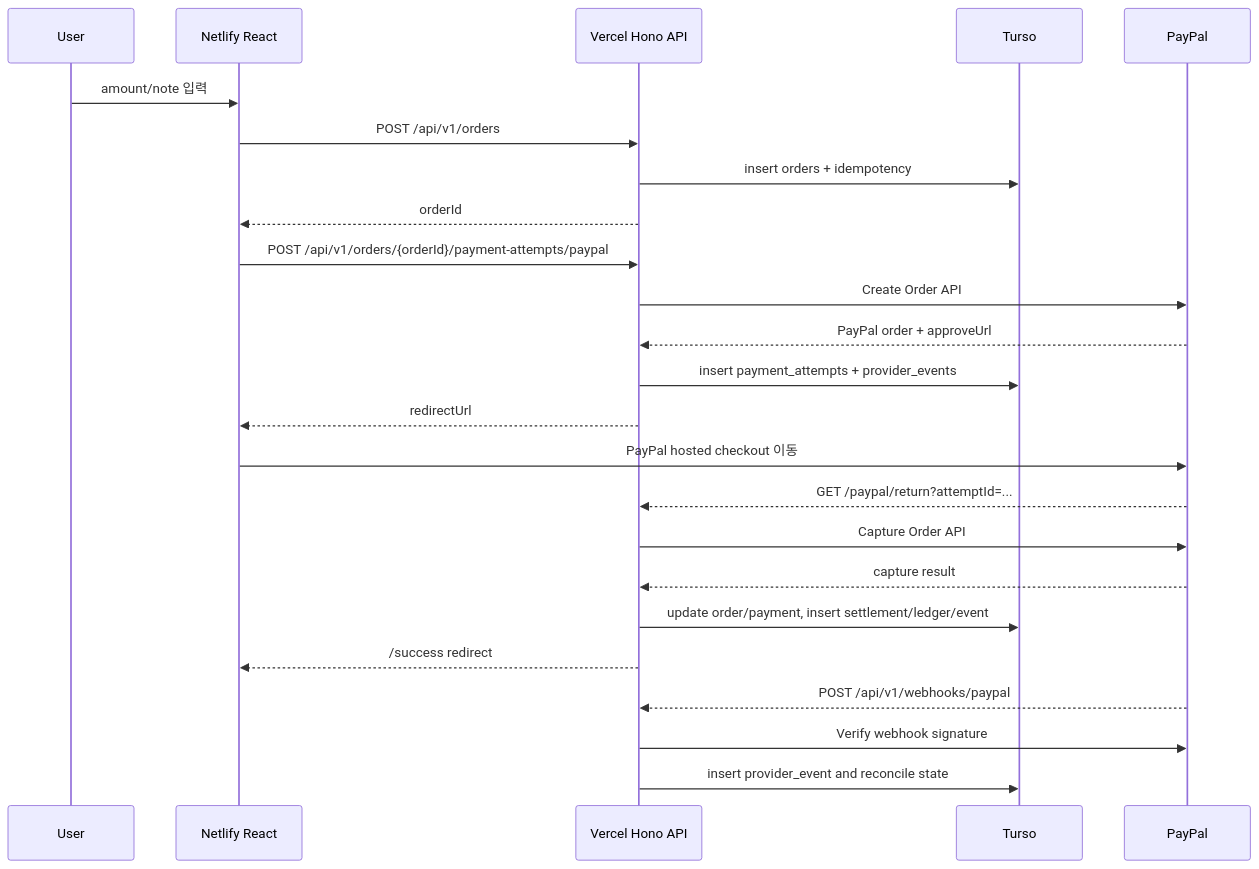
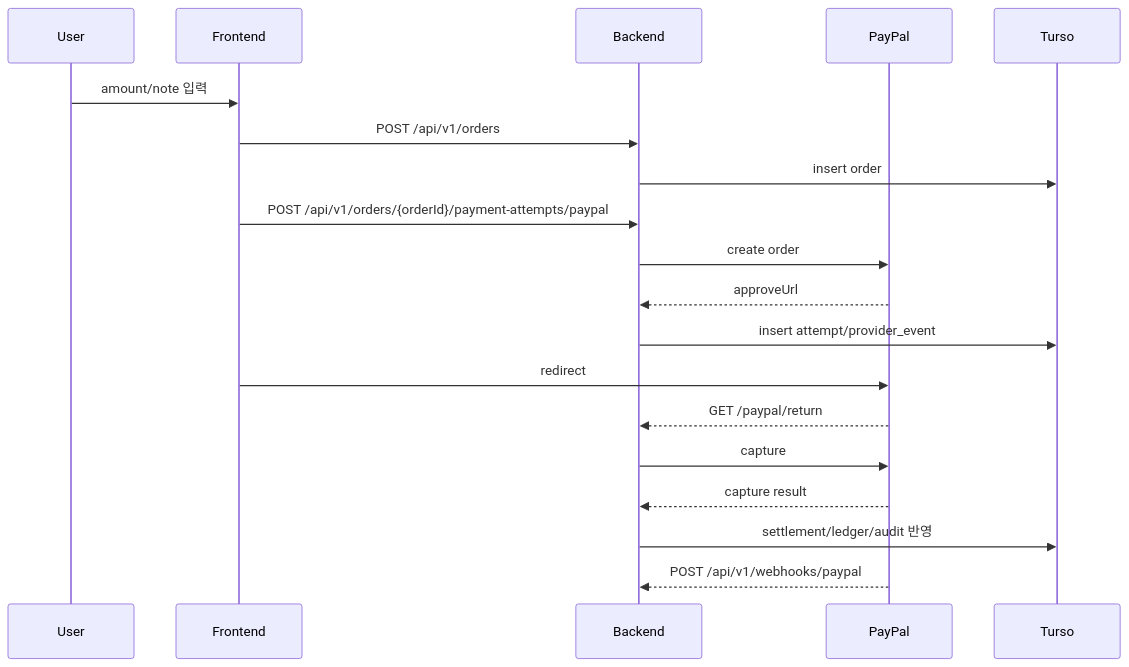
The second of 3 diagrams in README.md (minwoo19930301/pay-to-minwoo), drawn with Mermaid before and after one commit. The commit also changed other lines of this file and 17 other files, not shown here.

Commit message:
Add PortOne domestic test checkout flow

````diff
--- a/README.md
+++ b/README.md
@@ -55,27 +67,22 @@
 ```mermaid
 sequenceDiagram
     participant U as User
-    participant F as Netlify React
-    participant B as Vercel Hono API
+    participant F as Frontend
+    participant B as Backend
+    participant P as PayPal
     participant D as Turso
-    participant P as PayPal
 
     U->>F: amount/note 입력
     F->>B: POST /api/v1/orders
-    B->>D: insert orders + idempotency
-    B-->>F: orderId
+    B->>D: insert order
     F->>B: POST /api/v1/orders/{orderId}/payment-attempts/paypal
-    B->>P: Create Order API
-    P-->>B: PayPal order + approveUrl
-    B->>D: insert payment_attempts + provider_events
-    B-->>F: redirectUrl
-    F->>P: PayPal hosted checkout 이동
-    P-->>B: GET /paypal/return?attemptId=...
-    B->>P: Capture Order API
+    B->>P: create order
+    P-->>B: approveUrl
+    B->>D: insert attempt/provider_event
+    F->>P: redirect
+    P-->>B: GET /paypal/return
+    B->>P: capture
     P-->>B: capture result
-    B->>D: update order/payment, insert settlement/ledger/event
-    B-->>F: /success redirect
+    B->>D: settlement/ledger/audit 반영
     P-->>B: POST /api/v1/webhooks/paypal
-    B->>P: Verify webhook signature
-    B->>D: insert provider_event and reconcile state
 ```
````
